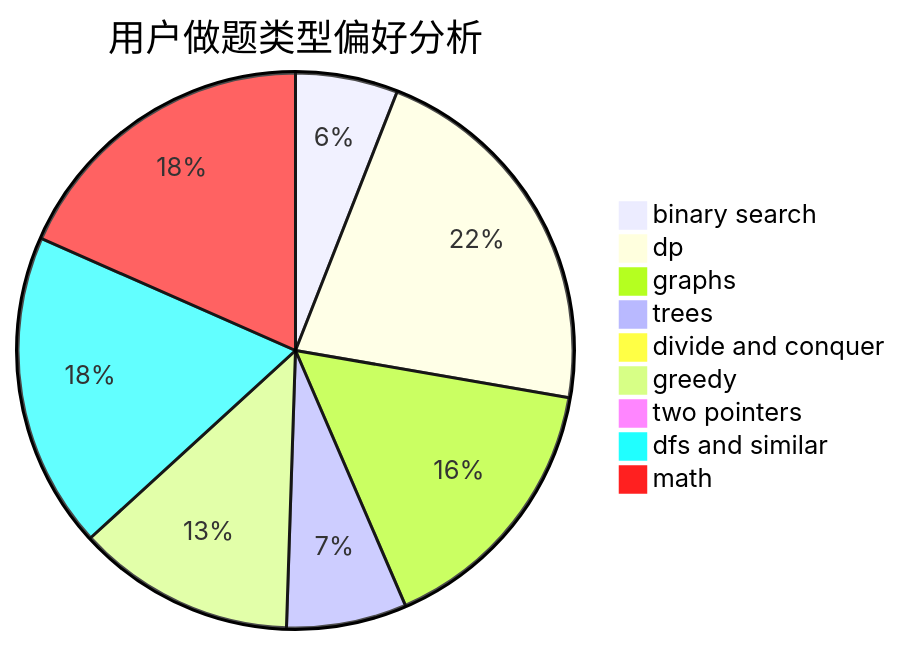
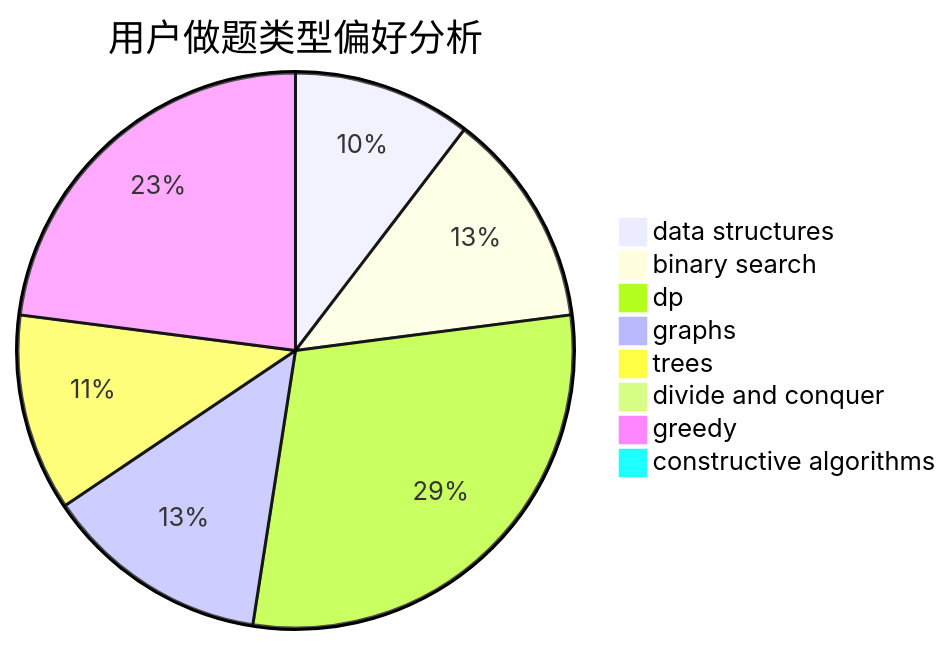
One commit to sherpahu/cfrs.github.io changed the second of 3 diagrams in docs/user/u38.md. Above: the diagram before and after it, drawn with Mermaid. The commit also changed other lines of this file and 2775 other files, not shown here.

````diff
--- a/docs/user/u38.md
+++ b/docs/user/u38.md
@@ -23,12 +23,11 @@
 ```mermaid
 pie title 用户做题类型偏好分析
+    "data structures" :  19
     "binary search" :  23
-    "dp" :  84
-    "graphs" :  61
-    "trees" :  27
+    "dp" :  54
+    "graphs" :  24
+    "trees" :  21
     "divide and conquer" :  0
-    "greedy" :  49
-    "two pointers" :  3
-    "dfs and similar" :  71
-    "math" :  71
+    "greedy" :  42
+    "constructive algorithms" :  1
 ```
````
